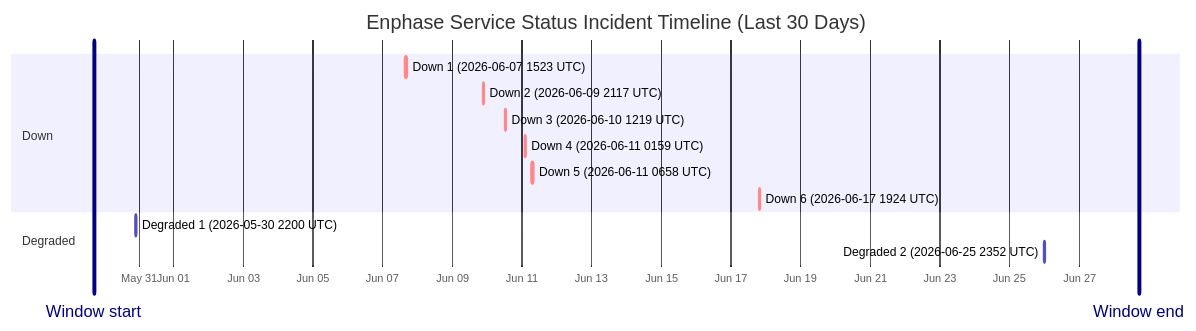
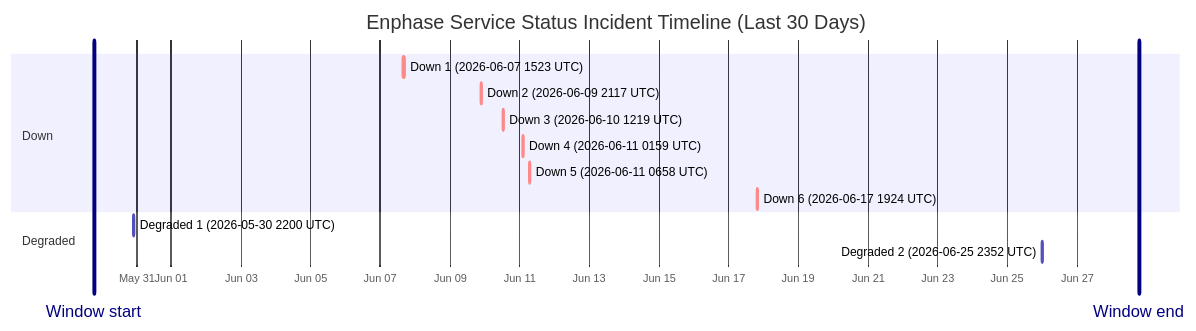
The diagram in wiki/Service-Status-History.md (barneyonline/ha-enphase-energy), drawn with Mermaid before and after one commit. The commit also changed other lines of this file and 3 other files, not shown here.

````diff
--- a/wiki/Service-Status-History.md
+++ b/wiki/Service-Status-History.md
@@ -14,18 +14,18 @@
 ```mermaid
 gantt
     title Enphase Service Status Incident Timeline (Last 30 Days)
     dateFormat  YYYY-MM-DDTHH:mm:ss
     axisFormat  %b %d
-    Window start :vert, window-start, 2026-05-29T17:09:48, 0ms
-    Window end :vert, window-end, 2026-06-28T17:09:48, 0ms
+    Window start :vert, window-start, 2026-05-29T18:43:56, 0ms
+    Window end :vert, window-end, 2026-06-28T18:43:56, 0ms
     section Down
     Down 1 (2026-06-07 1523 UTC) :crit, down-1, 2026-06-07T15:23:22, 87m
     Down 2 (2026-06-09 2117 UTC) :crit, down-2, 2026-06-09T21:17:17, 60m
     Down 3 (2026-06-10 1219 UTC) :crit, down-3, 2026-06-10T12:19:21, 60m
     Down 4 (2026-06-11 0159 UTC) :crit, down-4, 2026-06-11T01:59:36, 60m
     Down 5 (2026-06-11 0658 UTC) :crit, down-5, 2026-06-11T06:58:45, 60m
     Down 6 (2026-06-17 1924 UTC) :crit, down-6, 2026-06-17T19:24:51, 60m
     section Degraded
     Degraded 1 (2026-05-30 2200 UTC) :active, degraded-1, 2026-05-30T22:00:37, 60m
     Degraded 2 (2026-06-25 2352 UTC) :active, degraded-2, 2026-06-25T23:52:01, 60m
 ```
````
